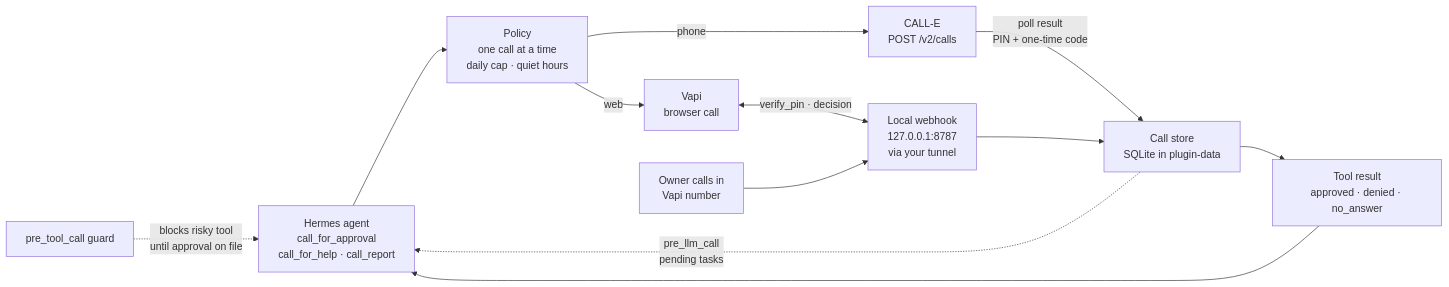
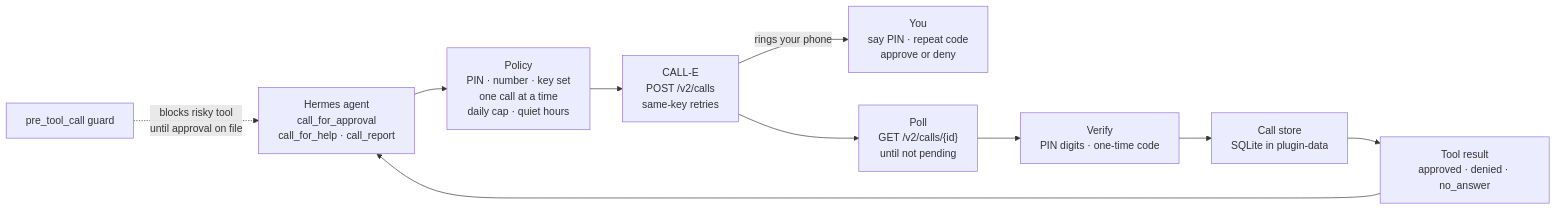
The diagram in README.md (fozagtx/hermes-call-me), drawn with Mermaid before and after one commit. The commit also changed other lines of this file and 32 other files, not shown here.

First line of the commit message:
CALL-E only: remove Vapi, the demo page, the webhook server and inbound calls

````diff
--- a/README.md
+++ b/README.md
@@ -57,14 +55,12 @@
 ```mermaid
 flowchart LR
-    H["Hermes agent<br/>call_for_approval<br/>call_for_help · call_report"] --> P["Policy<br/>one call at a time<br/>daily cap · quiet hours"]
-    P -->|web| V["Vapi<br/>browser call"]
-    P -->|phone| C["CALL-E<br/>POST /v2/calls"]
-    V <-->|"verify_pin · decision"| W["Local webhook<br/>127.0.0.1:8787<br/>via your tunnel"]
-    C -->|"poll result<br/>PIN + one-time code"| S
-    W --> S["Call store<br/>SQLite in plugin-data"]
+    H["Hermes agent<br/>call_for_approval<br/>call_for_help · call_report"] --> P["Policy<br/>PIN · number · key set<br/>one call at a time<br/>daily cap · quiet hours"]
+    P --> C["CALL-E<br/>POST /v2/calls<br/>same-key retries"]
+    C -->|"rings your phone"| O["You<br/>say PIN · repeat code<br/>approve or deny"]
+    C --> W["Poll<br/>GET /v2/calls/{id}<br/>until not pending"]
+    W --> V["Verify<br/>PIN digits · one-time code"]
+    V --> S["Call store<br/>SQLite in plugin-data"]
     S --> R["Tool result<br/>approved · denied · no_answer"]
     R --> H
     G["pre_tool_call guard"] -.->|"blocks risky tool<br/>until approval on file"| H
-    I["Owner calls in<br/>Vapi number"] --> W
-    S -.->|"pre_llm_call<br/>pending tasks"| H
 ```
````
